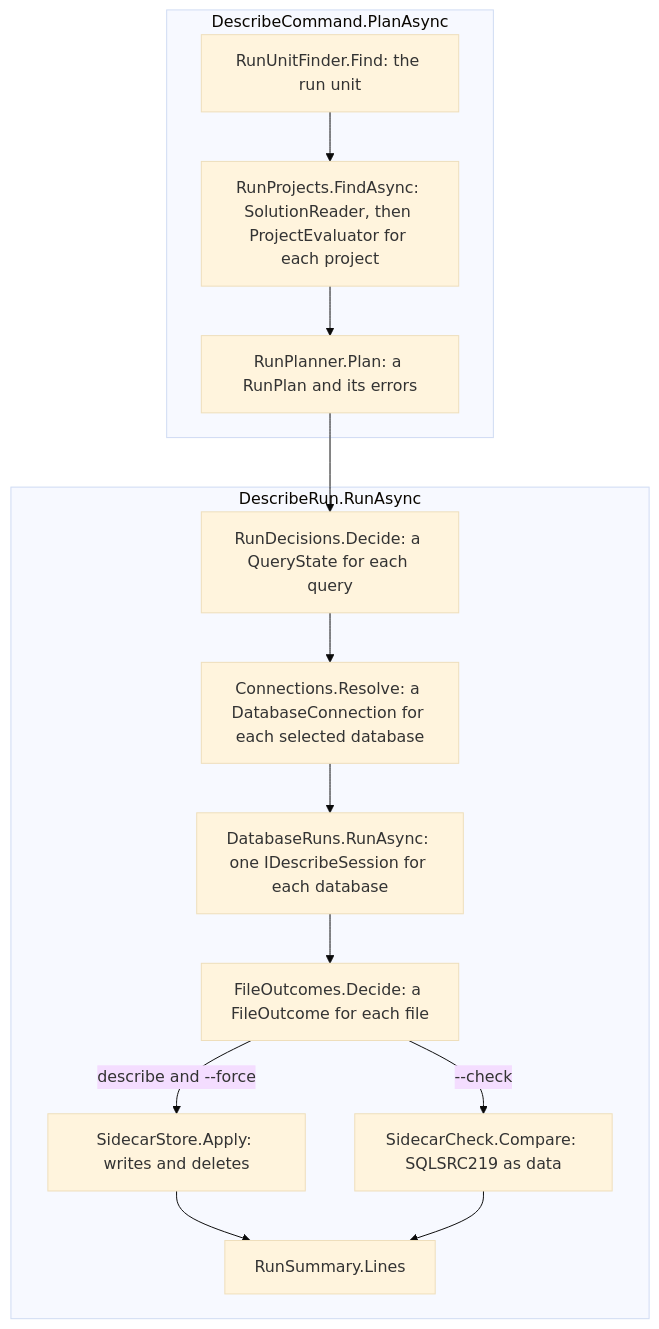
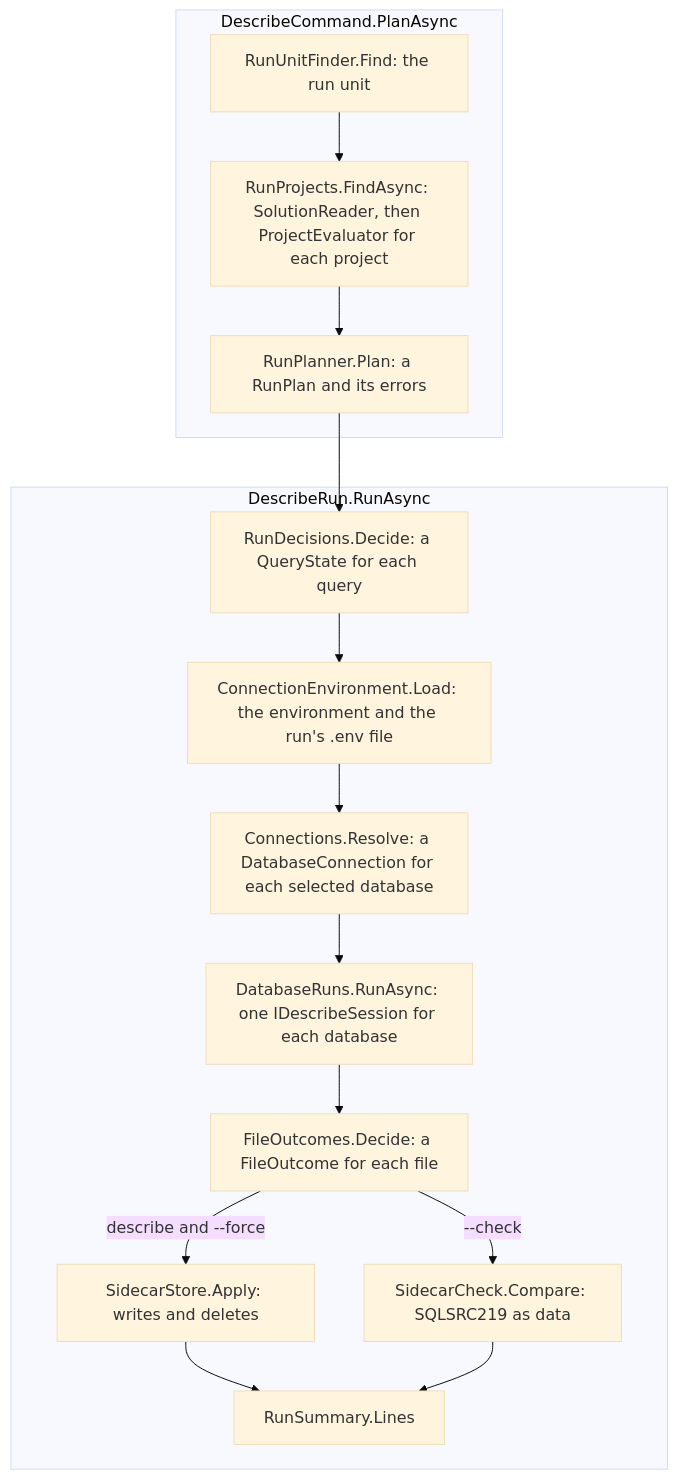
The diagram in docs/architecture/tool.md (mbcrawfo/SqlSource), drawn with Mermaid (base theme) before and after one commit. The commit also changed other lines of this file and 9 other files, not shown here.

First line of the commit message:
docs: connections from a .env file

````diff
--- a/docs/architecture/tool.md
+++ b/docs/architecture/tool.md
@@ -68,17 +68,18 @@
 ```mermaid
 flowchart TD
     subgraph plan["DescribeCommand.PlanAsync"]
         unit["RunUnitFinder.Find: the run unit"] --> projects["RunProjects.FindAsync: SolutionReader, then ProjectEvaluator for each project"]
         projects --> planner["RunPlanner.Plan: a RunPlan and its errors"]
     end
     subgraph run["DescribeRun.RunAsync"]
-        decide["RunDecisions.Decide: a QueryState for each query"] --> connect["Connections.Resolve: a DatabaseConnection for each selected database"]
+        decide["RunDecisions.Decide: a QueryState for each query"] --> dotenv["ConnectionEnvironment.Load: the environment and the run's .env file"]
+        dotenv --> connect["Connections.Resolve: a DatabaseConnection for each selected database"]
         connect --> describe["DatabaseRuns.RunAsync: one IDescribeSession for each database"]
         describe --> outcomes["FileOutcomes.Decide: a FileOutcome for each file"]
         outcomes -->|"describe and --force"| store["SidecarStore.Apply: writes and deletes"]
         outcomes -->|"--check"| check["SidecarCheck.Compare: SQLSRC219 as data"]
         store --> summary["RunSummary.Lines"]
         check --> summary
     end
     planner --> decide
 ```
````
